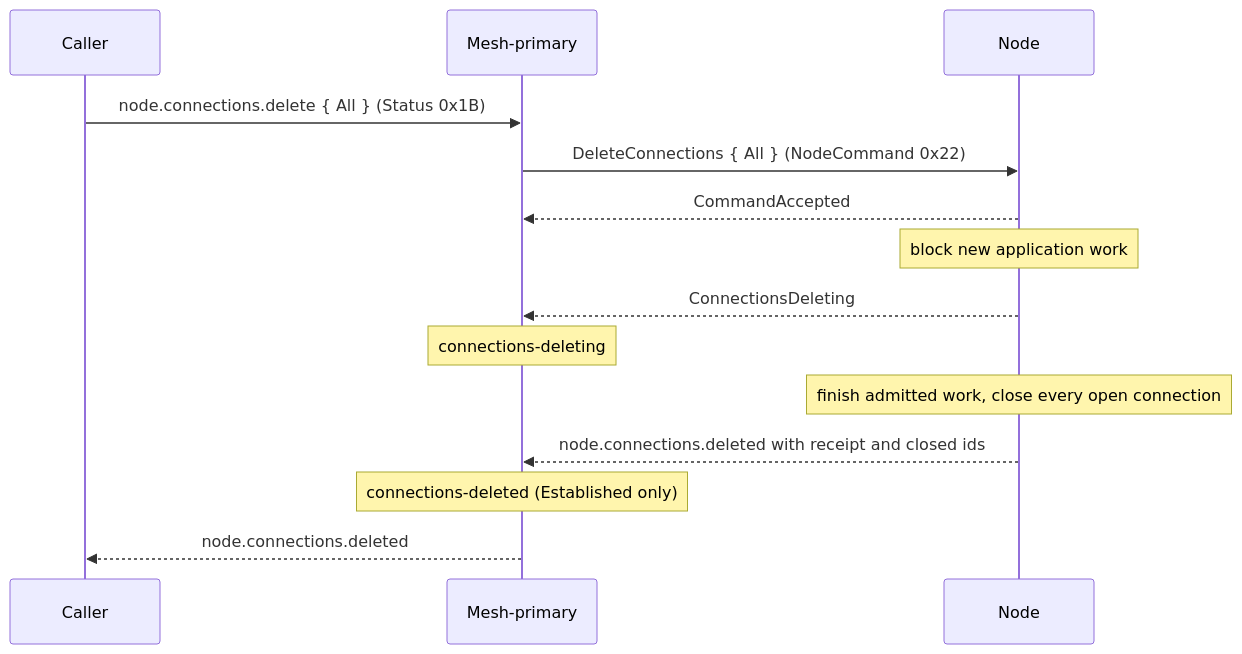
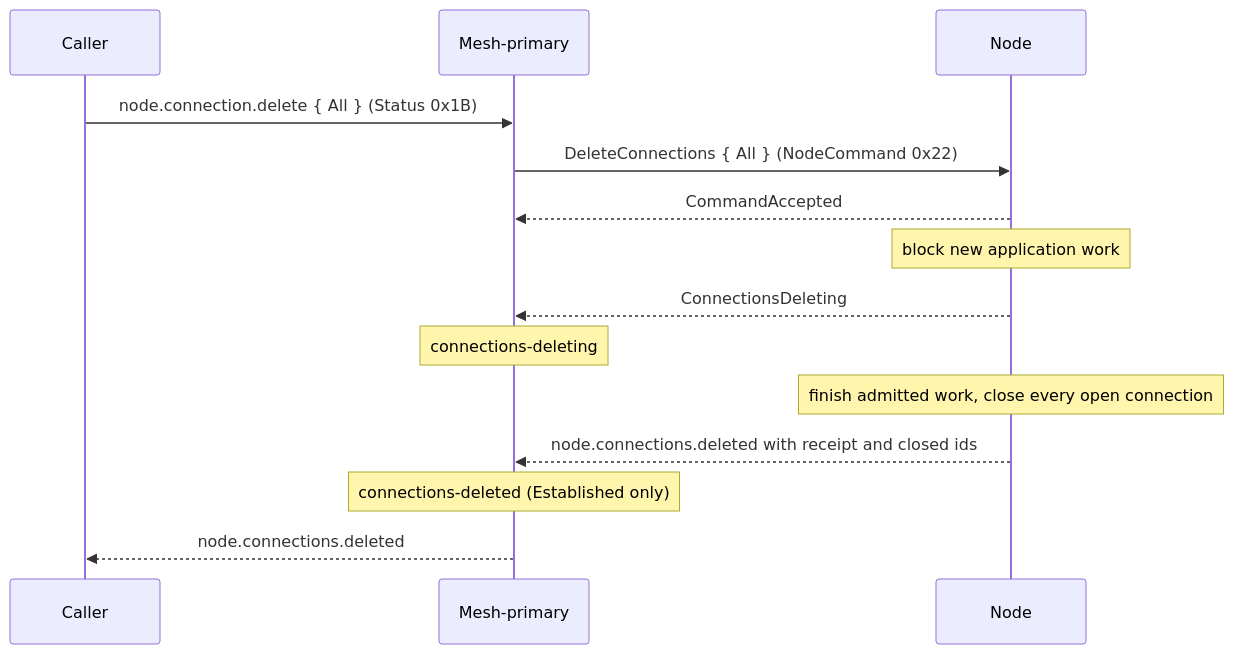
One commit to drlukeangel/rust-distributed-mesh changed the diagram in docs/architecture/lifecycles/node-connections-delete.md. Above: the diagram before and after it, drawn with Mermaid. The commit also changed other lines of this file and 129 other files, not shown here.

````diff
--- a/docs/architecture/lifecycles/node-connections-delete.md
+++ b/docs/architecture/lifecycles/node-connections-delete.md
@@ -94,16 +94,16 @@
 ```mermaid
 sequenceDiagram
     participant C as Caller
     participant M as Mesh-primary
     participant N as Node
-    C->>M: node.connections.delete { All } (Status 0x1B)
+    C->>M: node.connection.delete { All } (Status 0x1B)
     M->>N: DeleteConnections { All } (NodeCommand 0x22)
     N-->>M: CommandAccepted
     Note over N: block new application work
     N-->>M: ConnectionsDeleting
     Note over M: connections-deleting
     Note over N: finish admitted work, close every open connection
     N-->>M: node.connections.deleted with receipt and closed ids
     Note over M: connections-deleted (Established only)
     M-->>C: node.connections.deleted
 ```
````
